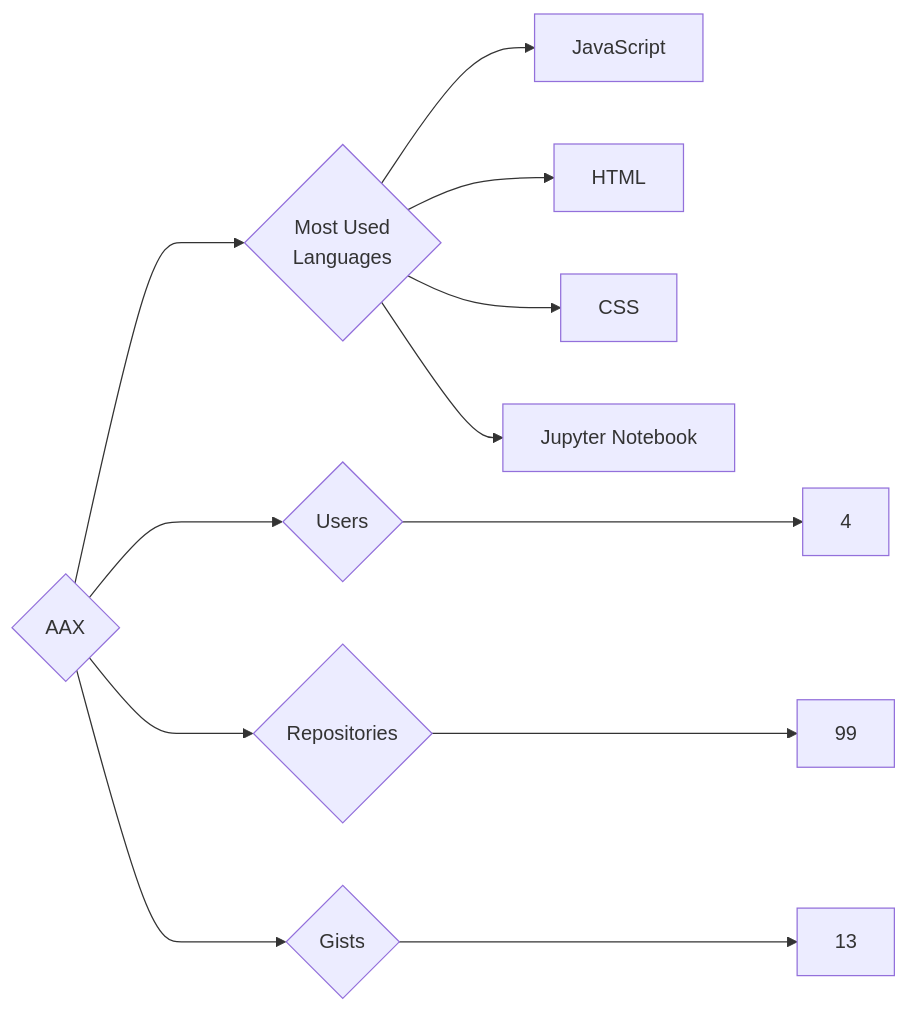
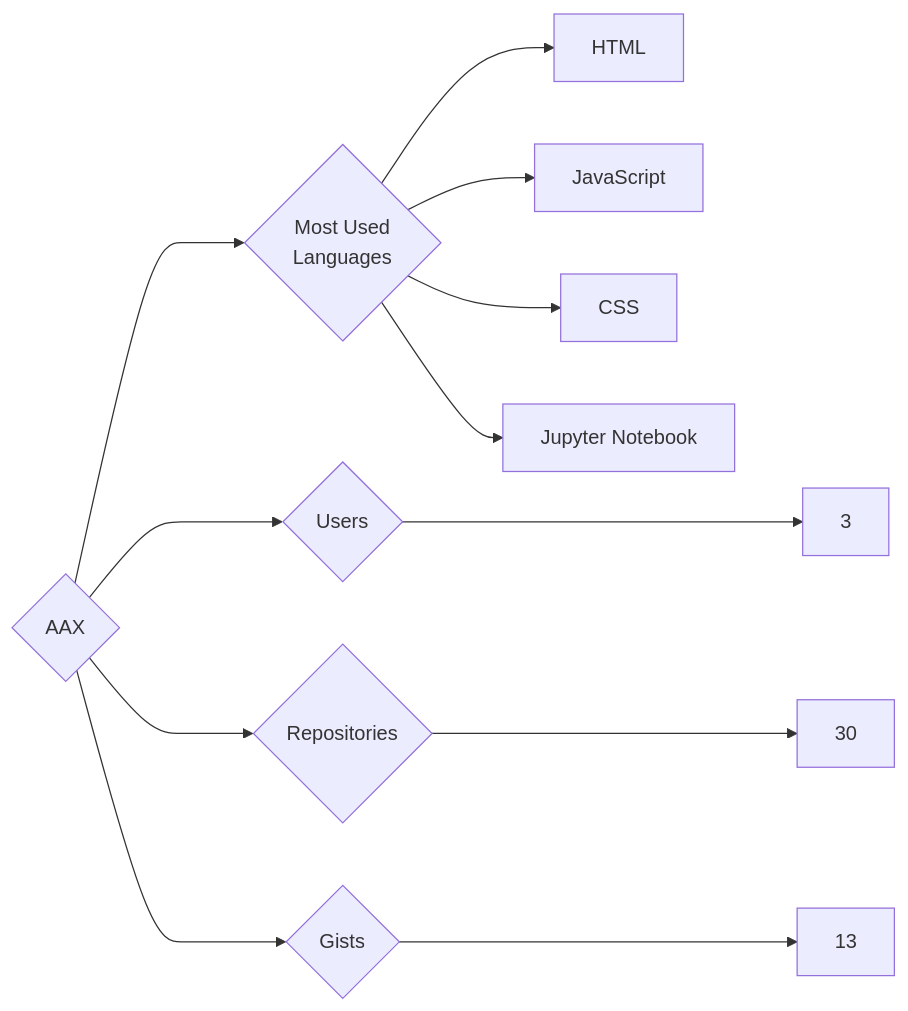
One commit to trickest/insiders changed the diagram in targets/AAX/README.md. Above: the diagram before and after it, drawn with Mermaid. The commit also changed 938 other files, not shown here.

````diff
--- a/targets/AAX/README.md
+++ b/targets/AAX/README.md
@@ -3,12 +3,12 @@
 ```mermaid
 graph LR
 COMPANY_NAME{AAX}
-COMPANY_NAME ---> U{Users} ---> UN[4]
-COMPANY_NAME ---> R{Repositories} ---> RN[99]
+COMPANY_NAME ---> U{Users} ---> UN[3]
+COMPANY_NAME ---> R{Repositories} ---> RN[30]
 COMPANY_NAME ---> G{Gists} ---> GN[13]
 COMPANY_NAME ---> ML{Most Used<br>Languages}
+ML --> HTML[HTML]
 ML --> JavaScript[JavaScript]
-ML --> HTML[HTML]
 ML --> CSS[CSS]
 ML --> Jupyter_Notebook[Jupyter Notebook]
 ```
````
